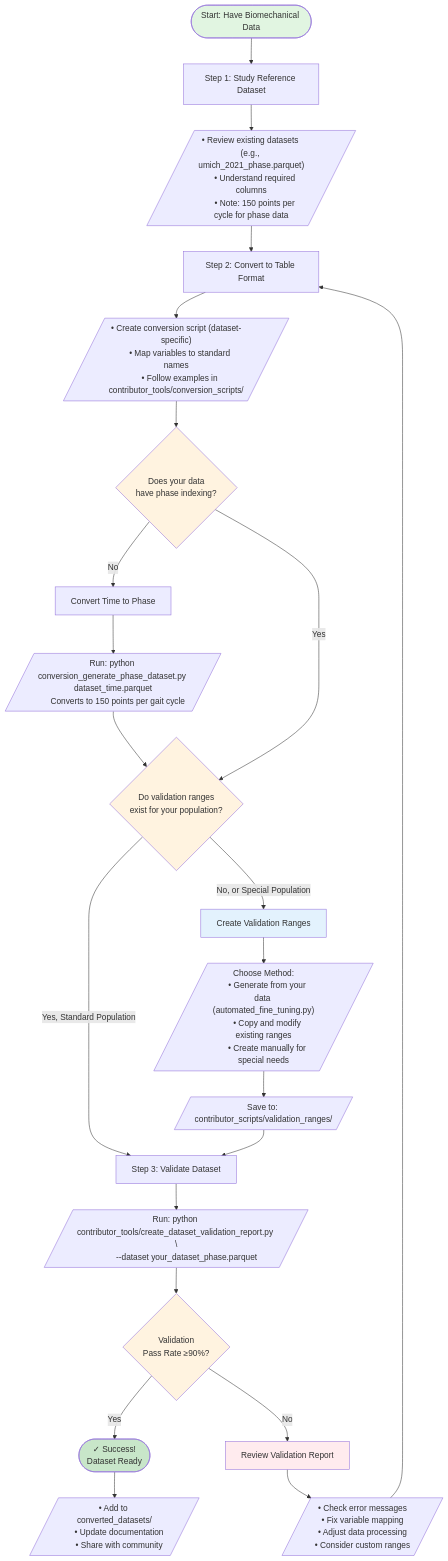
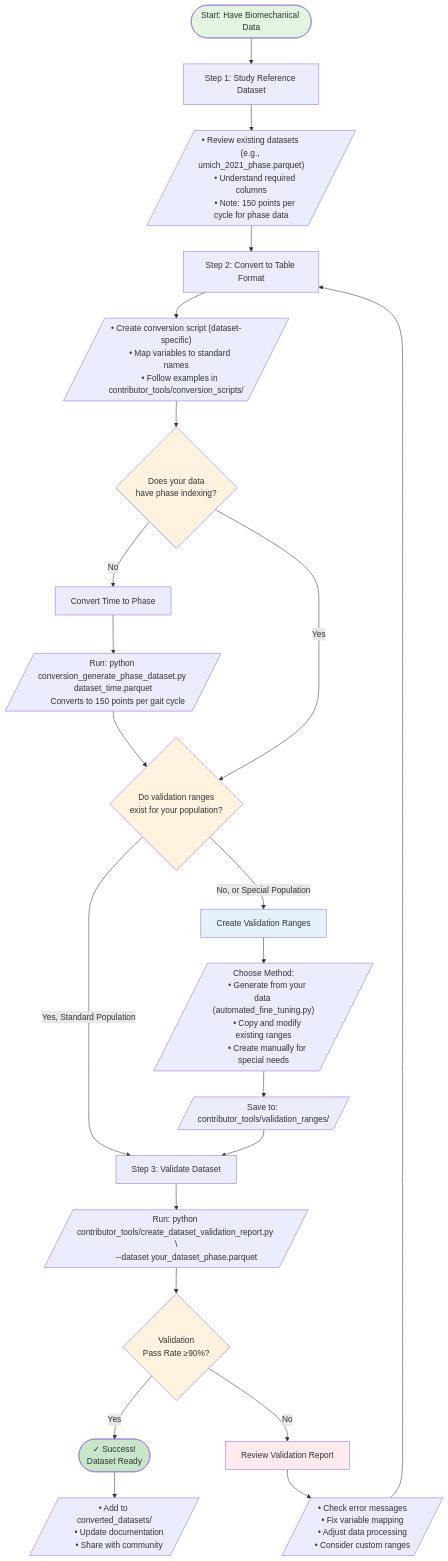
One commit to jmontp/LocoHub changed the diagram in docs/contributing/index.md. Above: the diagram before and after it, drawn with Mermaid. The commit also changed 40 other files, not shown here.

````diff
--- a/docs/contributing/index.md
+++ b/docs/contributing/index.md
@@ -9,74 +9,74 @@
 ```mermaid
 flowchart TD
     Start([Start: Have Biomechanical Data]) --> Step1[Step 1: Study Reference Dataset]
     
     Step1 --> Step1Details[/"
     • Review existing datasets (e.g., umich_2021_phase.parquet)
     • Understand required columns
     • Note: 150 points per cycle for phase data
     "/]
     
     Step1Details --> Step2[Step 2: Convert to Table Format]
     
     Step2 --> Step2Details[/"
     • Create conversion script (dataset-specific)
     • Map variables to standard names
     • Follow examples in contributor_tools/conversion_scripts/
     "/]
     
     Step2Details --> CheckPhase{Does your data<br/>have phase indexing?}
     
     CheckPhase -->|No| ConvertPhase[Convert Time to Phase]
     ConvertPhase --> ConvertDetails[/"
     Run: python conversion_generate_phase_dataset.py dataset_time.parquet
     Converts to 150 points per gait cycle
     "/]
     ConvertDetails --> CheckRanges
     
     CheckPhase -->|Yes| CheckRanges{Do validation ranges<br/>exist for your population?}
     
     CheckRanges -->|Yes, Standard Population| Step3[Step 3: Validate Dataset]
     
     CheckRanges -->|No, or Special Population| CreateRanges[Create Validation Ranges]
     CreateRanges --> RangeOptions[/"
     Choose Method:
     • Generate from your data (automated_fine_tuning.py)
     • Copy and modify existing ranges
     • Create manually for special needs
     "/]
     RangeOptions --> SaveRanges[/"
-    Save to: contributor_scripts/validation_ranges/
+    Save to: contributor_tools/validation_ranges/
     "/]
     SaveRanges --> Step3
     
     Step3 --> ValidateCmd[/"
     Run: python contributor_tools/create_dataset_validation_report.py \
          --dataset your_dataset_phase.parquet
     "/]
     
     ValidateCmd --> CheckValid{Validation<br/>Pass Rate ≥90%?}
     
     CheckValid -->|Yes| Success([✓ Success!<br/>Dataset Ready])
     Success --> SuccessSteps[/"
     • Add to converted_datasets/
     • Update documentation
     • Share with community
     "/]
     
     CheckValid -->|No| Review[Review Validation Report]
     Review --> FixIssues[/"
     • Check error messages
     • Fix variable mapping
     • Adjust data processing
     • Consider custom ranges
     "/]
     FixIssues --> Step2
     
     style Start fill:#e1f5e1
     style Success fill:#c8e6c9
     style CheckPhase fill:#fff3e0
     style CheckRanges fill:#fff3e0
     style CheckValid fill:#fff3e0
     style CreateRanges fill:#e3f2fd
     style Review fill:#ffebee
 ```
````
